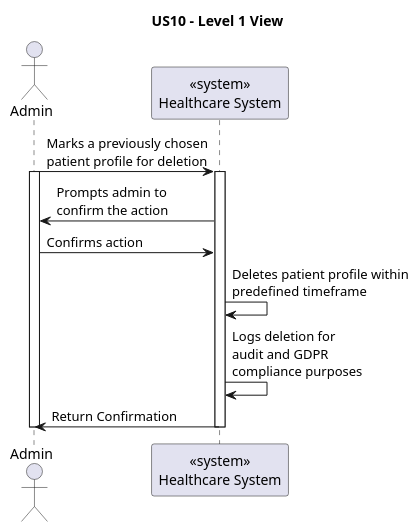
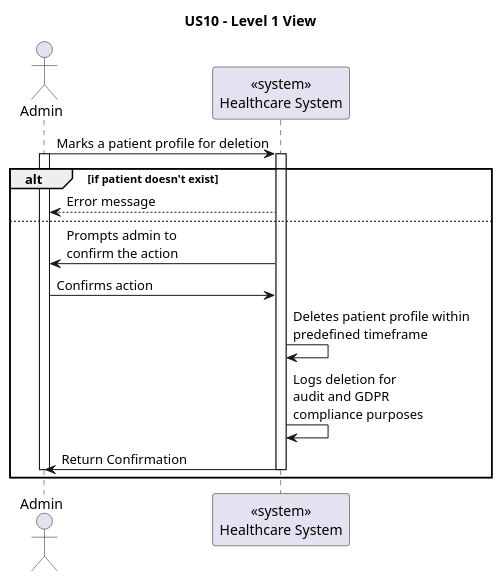
One commit to andredsferreira/p5sem-3dj-g59 changed the diagram in docs/user_stories/sprint-a/us10/views/level-1/US10-level-1-view.puml. Above: the diagram before and after it, drawn with PlantUML. The commit also changed 5 other files, not shown here.

```diff
--- a/docs/user_stories/sprint-a/us10/views/level-1/US10-level-1-view.puml
+++ b/docs/user_stories/sprint-a/us10/views/level-1/US10-level-1-view.puml
@@ -12,23 +12,27 @@
 @startuml
 
 title US10 - Level 1 View
 
 actor Admin as U
 participant "<<system>>\nHealthcare System" as web
 
-U -> web : Marks a previously chosen\npatient profile for deletion
+U -> web : Marks a patient profile for deletion
 activate U
 activate web
+alt if patient doesn't exist
+web --> U : Error message
+else
 web -> U : Prompts admin to\nconfirm the action
 U -> web : Confirms action
 web -> web : Deletes patient profile within\npredefined timeframe
 web -> web : Logs deletion for\naudit and GDPR\ncompliance purposes
 web -> U : Return Confirmation
 deactivate web
 deactivate U
+end
 
 ' E a parte do email?
 
 
 
 @enduml
```
